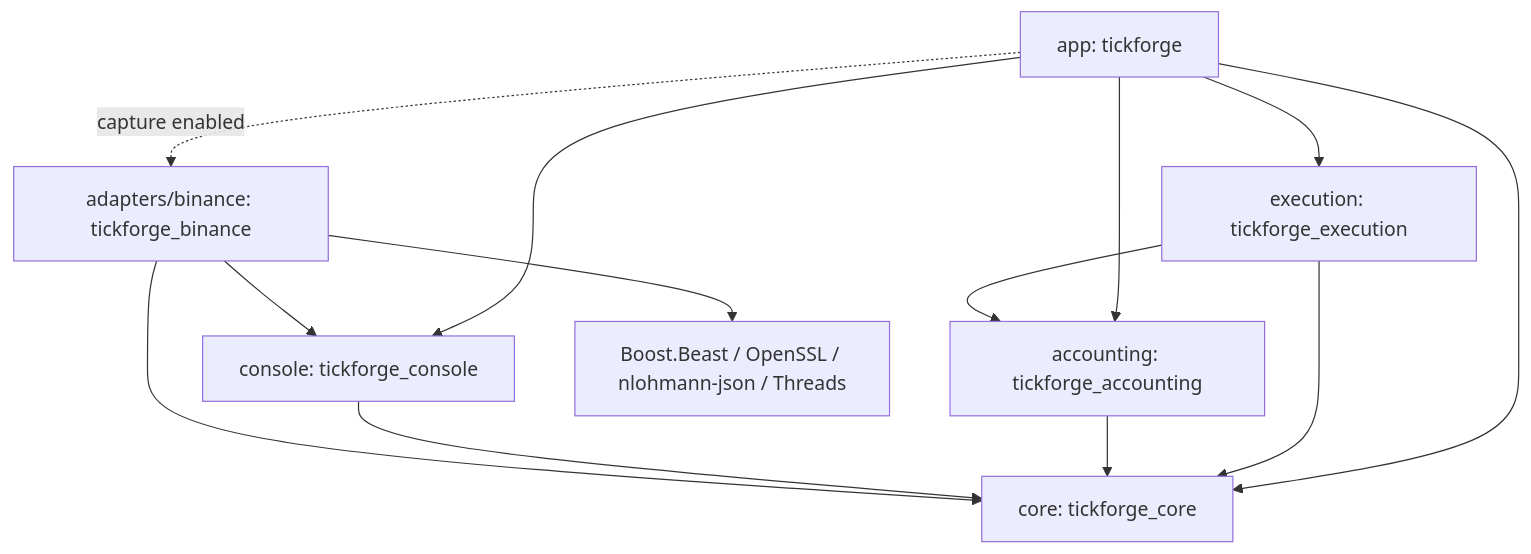
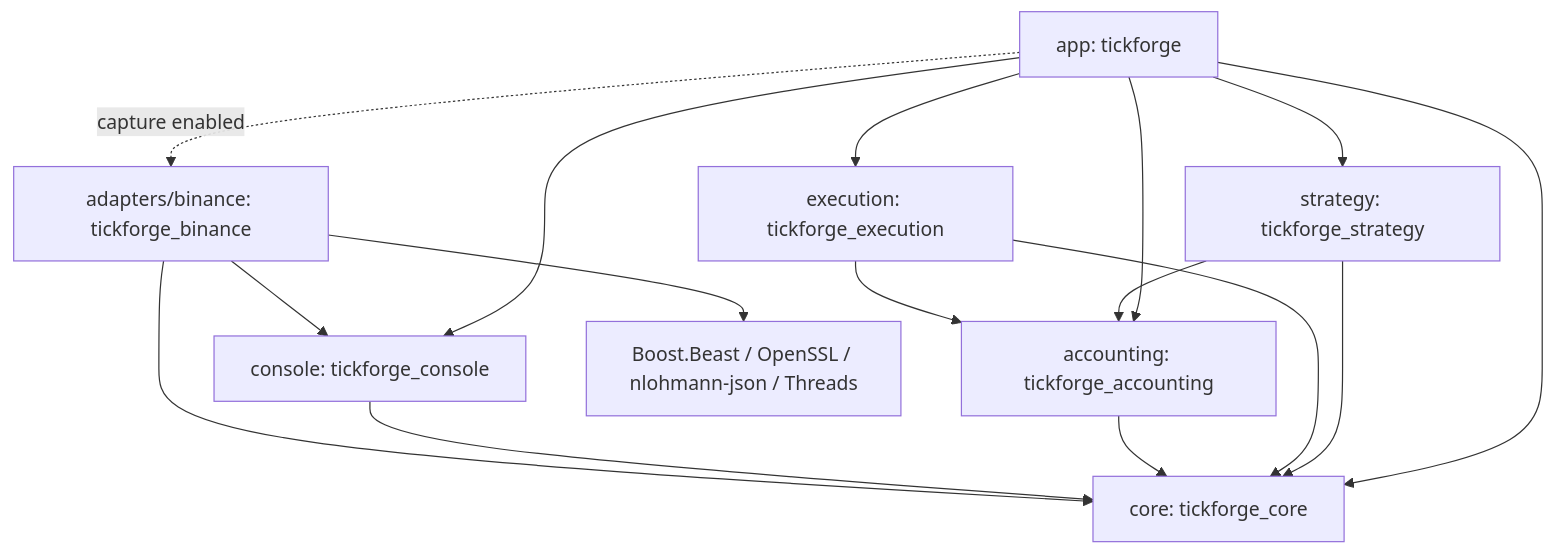
Before and after one commit to Prorok1015/tickforge: the first of 3 diagrams in docs/code-map.md, drawn with Mermaid. The commit also changed other lines of this file and 22 other files, not shown here.

````diff
--- a/docs/code-map.md
+++ b/docs/code-map.md
@@ -66,15 +71,18 @@
 ```mermaid
 flowchart TD
     App["app: tickforge"] --> Core["core: tickforge_core"]
     App --> Console["console: tickforge_console"]
     App --> Execution["execution: tickforge_execution"]
     App --> Accounting["accounting: tickforge_accounting"]
+    App --> Strategy["strategy: tickforge_strategy"]
+    Strategy --> Accounting
+    Strategy --> Core
     Execution --> Accounting
     Execution --> Core
     Accounting --> Core
     App -. "capture enabled" .-> Live["adapters/binance: tickforge_binance"]
     Console --> Core
     Live --> Core
     Live --> Console
     Live --> External["Boost.Beast / OpenSSL / nlohmann-json / Threads"]
 ```
````
